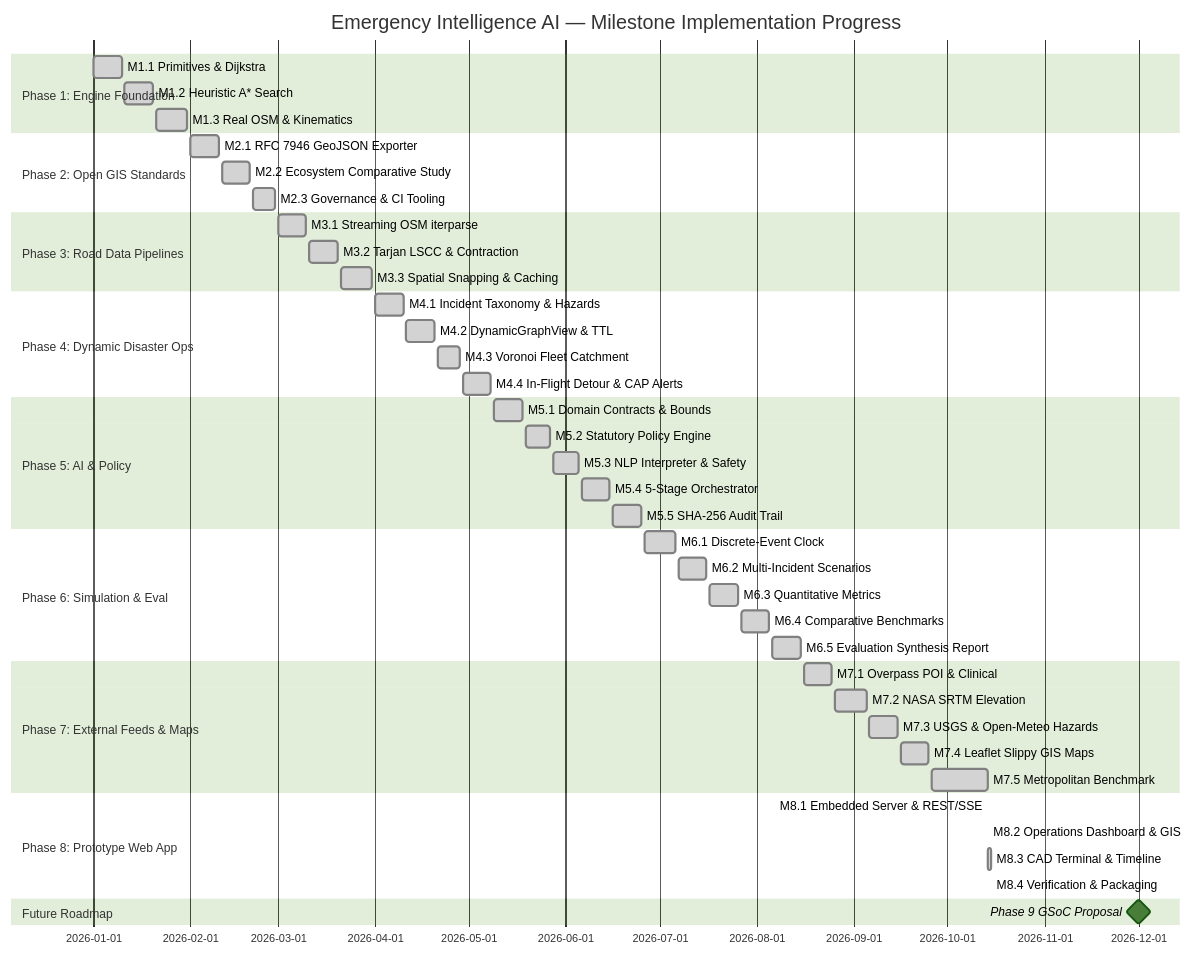
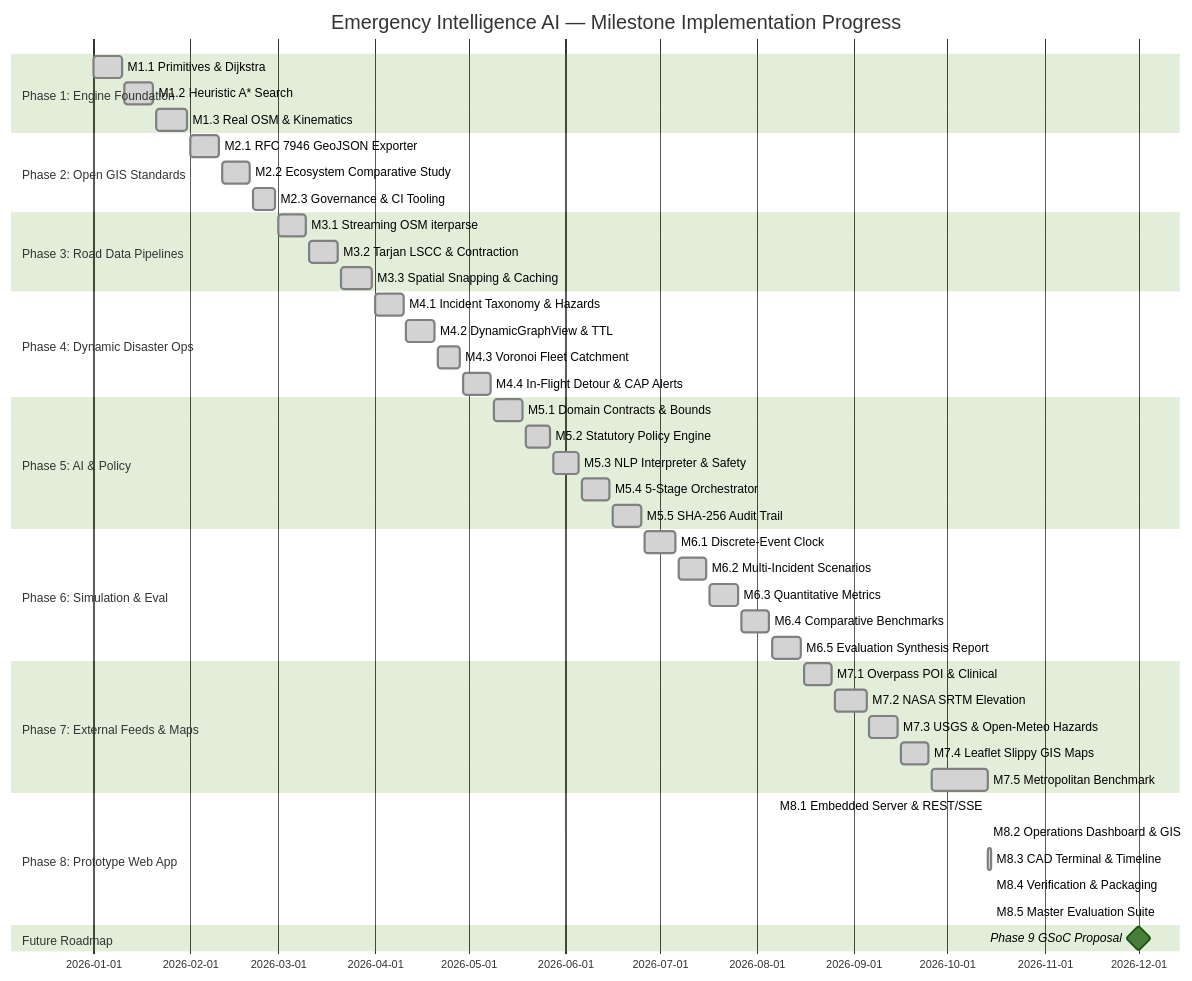
The diagram in updates.md (Akshay-18253/Emergency-Intelligence-AI), drawn with Mermaid (forest theme) before and after one commit. The commit also changed other lines of this file and 6 other files, not shown here.

Commit message:
Milestone 8.5: End-to-End Prototype Validation Suite, Phase 8 Evaluation Report & Demo #30

````diff
--- a/updates.md
+++ b/updates.md
@@ -88,47 +89,48 @@
 ```mermaid
 gantt
     title Emergency Intelligence AI — Milestone Implementation Progress
     dateFormat  YYYY-MM-DD
     section Phase 1: Engine Foundation
     M1.1 Primitives & Dijkstra       :done, p1_1, 2026-01-01, 2026-01-10
     M1.2 Heuristic A* Search        :done, p1_2, 2026-01-11, 2026-01-20
     M1.3 Real OSM & Kinematics       :done, p1_3, 2026-01-21, 2026-01-31
     section Phase 2: Open GIS Standards
     M2.1 RFC 7946 GeoJSON Exporter   :done, p2_1, 2026-02-01, 2026-02-10
     M2.2 Ecosystem Comparative Study :done, p2_2, 2026-02-11, 2026-02-20
     M2.3 Governance & CI Tooling     :done, p2_3, 2026-02-21, 2026-02-28
     section Phase 3: Road Data Pipelines
     M3.1 Streaming OSM iterparse     :done, p3_1, 2026-03-01, 2026-03-10
     M3.2 Tarjan LSCC & Contraction   :done, p3_2, 2026-03-11, 2026-03-20
     M3.3 Spatial Snapping & Caching  :done, p3_3, 2026-03-21, 2026-03-31
     section Phase 4: Dynamic Disaster Ops
     M4.1 Incident Taxonomy & Hazards :done, p4_1, 2026-04-01, 2026-04-10
     M4.2 DynamicGraphView & TTL      :done, p4_2, 2026-04-11, 2026-04-20
     M4.3 Voronoi Fleet Catchment     :done, p4_3, 2026-04-21, 2026-04-28
     M4.4 In-Flight Detour & CAP Alerts:done, p4_4, 2026-04-29, 2026-05-08
     section Phase 5: AI & Policy
     M5.1 Domain Contracts & Bounds   :done, p5_1, 2026-05-09, 2026-05-18
     M5.2 Statutory Policy Engine     :done, p5_2, 2026-05-19, 2026-05-27
     M5.3 NLP Interpreter & Safety    :done, p5_3, 2026-05-28, 2026-06-05
     M5.4 5-Stage Orchestrator        :done, p5_4, 2026-06-06, 2026-06-15
     M5.5 SHA-256 Audit Trail         :done, p5_5, 2026-06-16, 2026-06-25
     section Phase 6: Simulation & Eval
     M6.1 Discrete-Event Clock        :done, p6_1, 2026-06-26, 2026-07-06
     M6.2 Multi-Incident Scenarios    :done, p6_2, 2026-07-07, 2026-07-16
     M6.3 Quantitative Metrics        :done, p6_3, 2026-07-17, 2026-07-26
     M6.4 Comparative Benchmarks      :done, p6_4, 2026-07-27, 2026-08-05
     M6.5 Evaluation Synthesis Report :done, p6_5, 2026-08-06, 2026-08-15
     section Phase 7: External Feeds & Maps
     M7.1 Overpass POI & Clinical     :done, p7_1, 2026-08-16, 2026-08-25
     M7.2 NASA SRTM Elevation         :done, p7_2, 2026-08-26, 2026-09-05
     M7.3 USGS & Open-Meteo Hazards   :done, p7_3, 2026-09-06, 2026-09-15
     M7.4 Leaflet Slippy GIS Maps     :done, p7_4, 2026-09-16, 2026-09-25
     M7.5 Metropolitan Benchmark      :done, p7_5, 2026-09-26, 2026-10-14
     section Phase 8: Prototype Web App
     M8.1 Embedded Server & REST/SSE  :done, p8_1, 2026-10-14, 2026-10-14
     M8.2 Operations Dashboard & GIS  :done, p8_2, 2026-10-14, 2026-10-14
     M8.3 CAD Terminal & Timeline     :done, p8_3, 2026-10-14, 2026-10-15
     M8.4 Verification & Packaging    :done, p8_4, 2026-10-15, 2026-10-15
+    M8.5 Master Evaluation Suite     :done, p8_5, 2026-10-15, 2026-10-15
     section Future Roadmap
     Phase 9 GSoC Proposal            :milestone, p9, 2026-12-01, 2026-12-01
 ```
````
